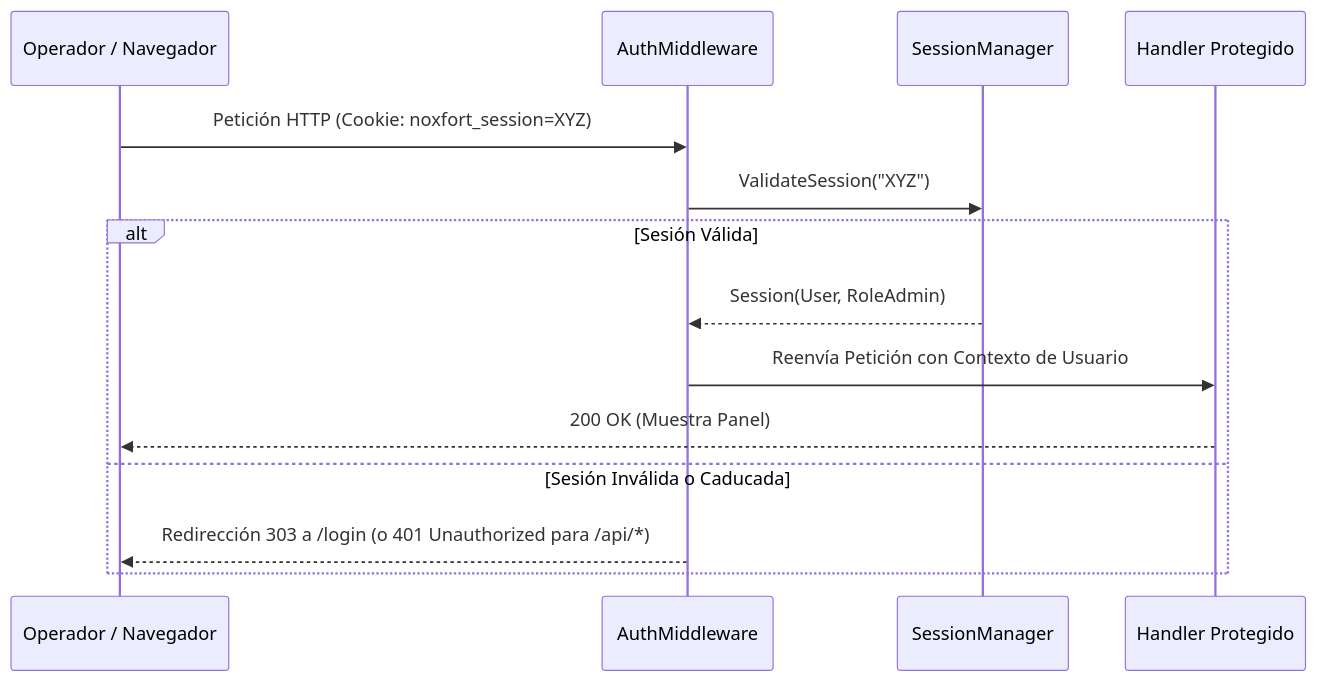
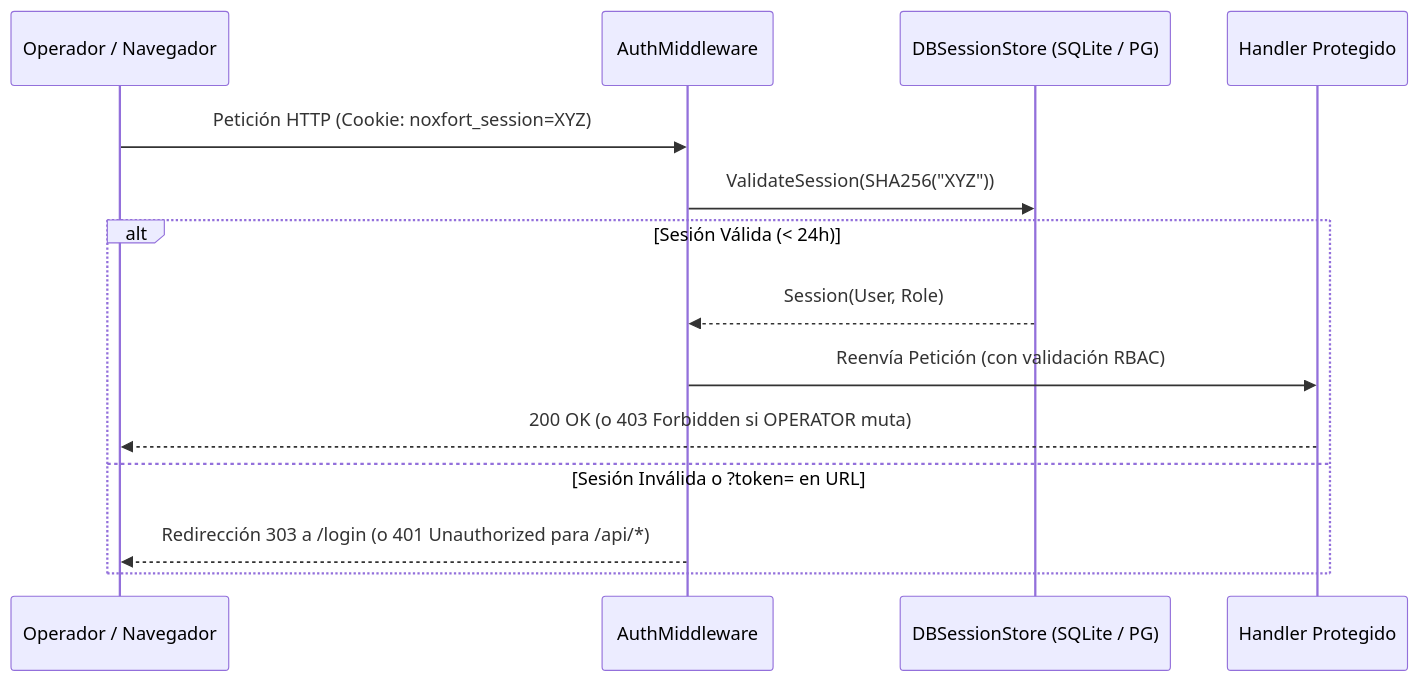
One commit to Noxfort-Systems-Brazil/MONITOR changed the diagram in docs/es/security.md. Above: the diagram before and after it, drawn with Mermaid. The commit also changed other lines of this file and 186 other files, not shown here.

````diff
--- a/docs/es/security.md
+++ b/docs/es/security.md
@@ -50,17 +38,17 @@
 ```mermaid
 sequenceDiagram
     participant User as Operador / Navegador
     participant MW as AuthMiddleware
-    participant SM as SessionManager
+    participant SM as DBSessionStore (SQLite / PG)
     participant App as Handler Protegido
 
     User->>MW: Petición HTTP (Cookie: noxfort_session=XYZ)
-    MW->>SM: ValidateSession("XYZ")
-    alt Sesión Válida
-        SM-->>MW: Session(User, RoleAdmin)
-        MW->>App: Reenvía Petición con Contexto de Usuario
-        App-->>User: 200 OK (Muestra Panel)
-    else Sesión Inválida o Caducada
+    MW->>SM: ValidateSession(SHA256("XYZ"))
+    alt Sesión Válida (< 24h)
+        SM-->>MW: Session(User, Role)
+        MW->>App: Reenvía Petición (con validación RBAC)
+        App-->>User: 200 OK (o 403 Forbidden si OPERATOR muta)
+    else Sesión Inválida o ?token= en URL
         MW-->>User: Redirección 303 a /login (o 401 Unauthorized para /api/*)
     end
 ```
````
